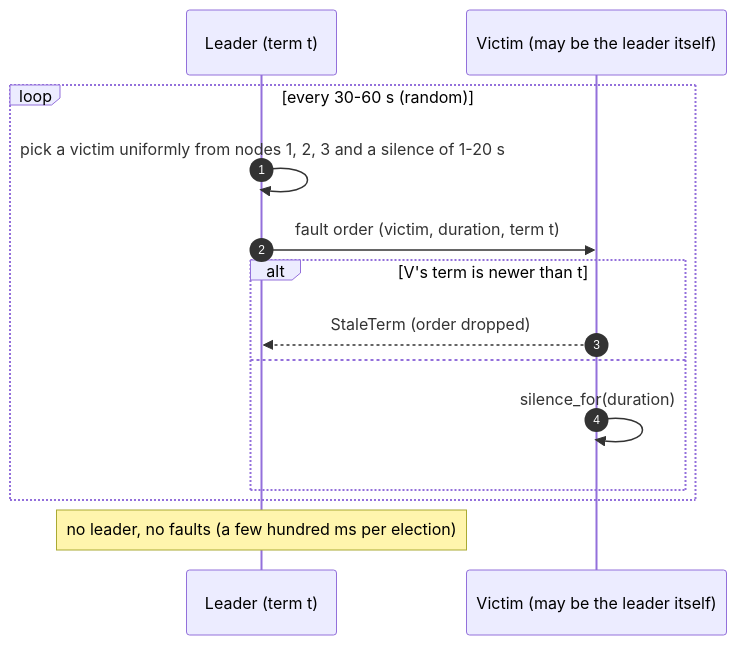
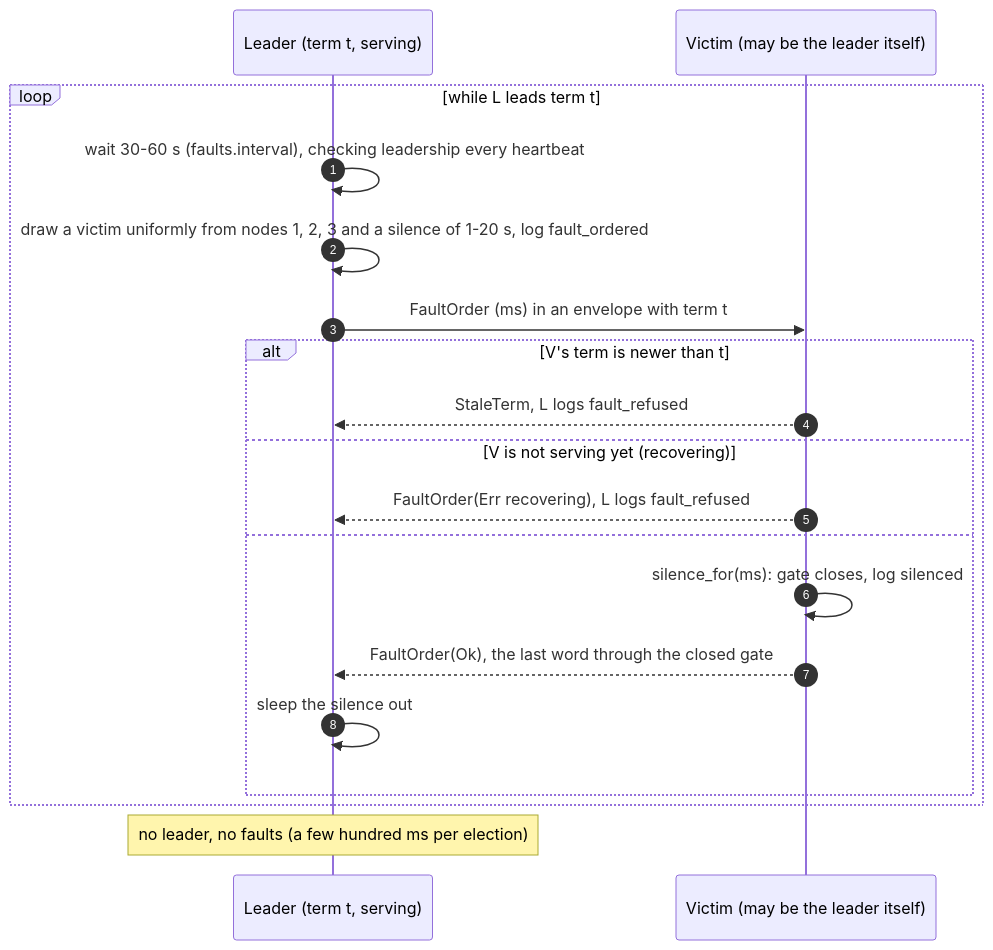
One commit to noortaytoy1/DistributedSystems changed diagram 17 of 26 in docs/architecture.md. Above: the diagram before and after it, drawn with Mermaid. The commit also changed other lines of this file and 13 other files, not shown here.

First line of the commit message:
Schedule random faults from the Raft leader, one at a time

````diff
--- a/docs/architecture.md
+++ b/docs/architecture.md
@@ -636,16 +634,21 @@
 ```mermaid
 sequenceDiagram
     autonumber
-    participant L as Leader (term t)
+    participant L as Leader (term t, serving)
     participant V as Victim (may be the leader itself)
-    loop every 30-60 s (random)
-        L->>L: pick a victim uniformly from nodes 1, 2, 3 and a silence of 1-20 s
-        L->>V: fault order (victim, duration, term t)
+    loop while L leads term t
+        L->>L: wait 30-60 s (faults.interval), checking leadership every heartbeat
+        L->>L: draw a victim uniformly from nodes 1, 2, 3 and a silence of 1-20 s, log fault_ordered
+        L->>V: FaultOrder (ms) in an envelope with term t
         alt V's term is newer than t
-            V-->>L: StaleTerm (order dropped)
+            V-->>L: StaleTerm, L logs fault_refused
+        else V is not serving yet (recovering)
+            V-->>L: FaultOrder(Err recovering), L logs fault_refused
         else
-            V->>V: silence_for(duration)
+            V->>V: silence_for(ms): gate closes, log silenced
+            V-->>L: FaultOrder(Ok), the last word through the closed gate
+            L->>L: sleep the silence out
         end
     end
     Note over L: no leader, no faults (a few hundred ms per election)
 ```
````
